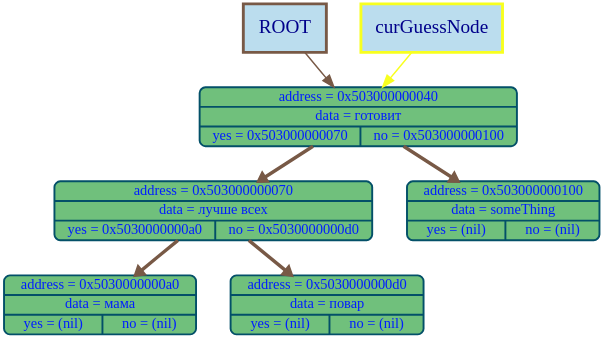
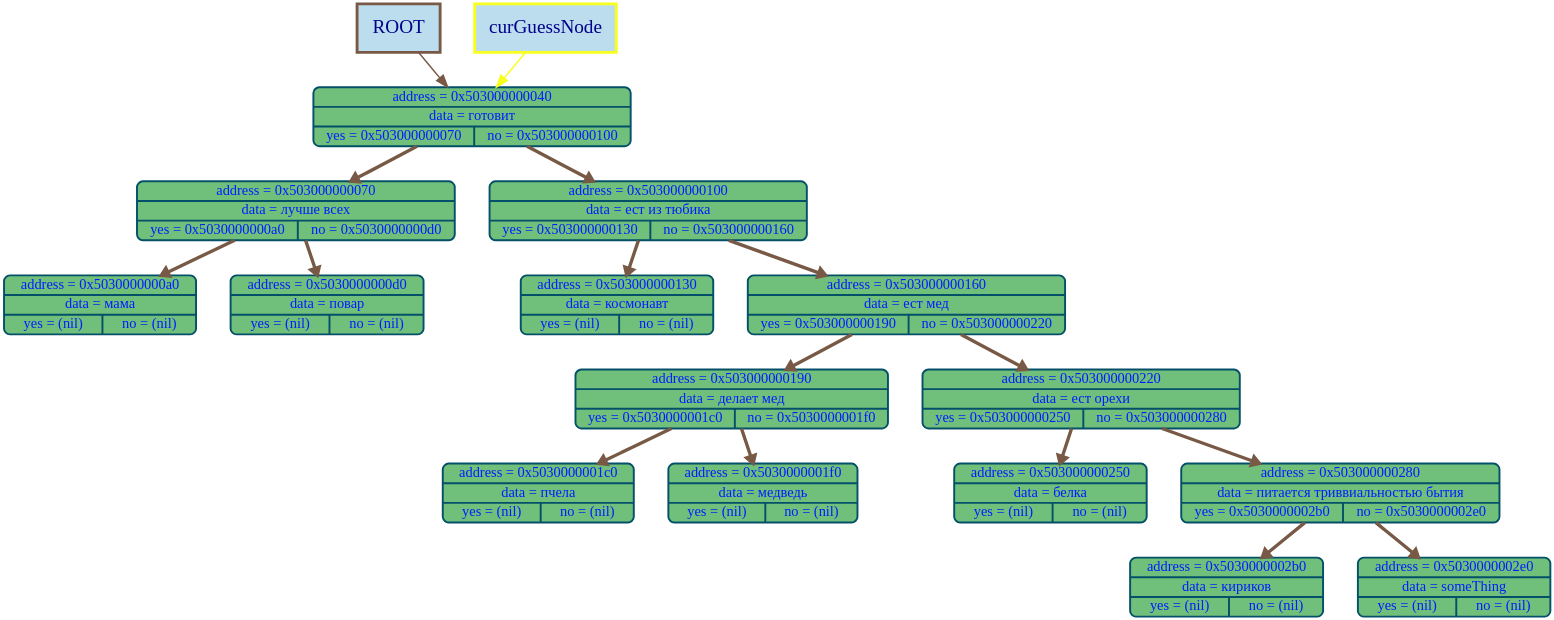
Before and after one commit to timoko3/akinator: the diagram in graphDumps/graphDump.dot, drawn with Graphviz. The commit also changed 39 other files, not shown here.

```diff
--- a/graphDumps/graphDump.dot
+++ b/graphDumps/graphDump.dot
@@ -1,20 +1,40 @@
 digraph G {
 bgcolor="transparent"
 nodesep = 1;
 ranksep = 1
 	node [shape=Mrecord, style="filled", fillcolor="#70c07cff", fontcolor="#001effff", color="#035068ff", penwidth=4, fontname="Menlo", fontsize=30];
 
 	node64 [label="{address = 0x503000000040 | data = готовит | {yes = 0x503000000070 | no = 0x503000000100}} "];
 	node112 [label="{address = 0x503000000070 | data = лучше всех | {yes = 0x5030000000a0 | no = 0x5030000000d0}} "];
 	node160 [label="{address = 0x5030000000a0 | data = мама | {yes = (nil) | no = (nil)}} "];
 	node208 [label="{address = 0x5030000000d0 | data = повар | {yes = (nil) | no = (nil)}} "];
-	node256 [label="{address = 0x503000000100 | data = someThing | {yes = (nil) | no = (nil)}} "];
+	node256 [label="{address = 0x503000000100 | data = ест из тюбика | {yes = 0x503000000130 | no = 0x503000000160}} "];
+	node304 [label="{address = 0x503000000130 | data = космонавт | {yes = (nil) | no = (nil)}} "];
+	node352 [label="{address = 0x503000000160 | data = ест мед | {yes = 0x503000000190 | no = 0x503000000220}} "];
+	node400 [label="{address = 0x503000000190 | data = делает мед | {yes = 0x5030000001c0 | no = 0x5030000001f0}} "];
+	node448 [label="{address = 0x5030000001c0 | data = пчела | {yes = (nil) | no = (nil)}} "];
+	node496 [label="{address = 0x5030000001f0 | data = медведь | {yes = (nil) | no = (nil)}} "];
+	node544 [label="{address = 0x503000000220 | data = ест орехи | {yes = 0x503000000250 | no = 0x503000000280}} "];
+	node592 [label="{address = 0x503000000250 | data = белка | {yes = (nil) | no = (nil)}} "];
+	node640 [label="{address = 0x503000000280 | data = питается триввиальностью бытия | {yes = 0x5030000002b0 | no = 0x5030000002e0}} "];
+	node688 [label="{address = 0x5030000002b0 | data = кириков | {yes = (nil) | no = (nil)}} "];
+	node736 [label="{address = 0x5030000002e0 | data = someThing | {yes = (nil) | no = (nil)}} "];
 node64 ->node112 [color="#785946ff", arrowsize=1.5, penwidth=7, weight=1000];
 node112 ->node160 [color="#785946ff", arrowsize=1.5, penwidth=7, weight=1000];
 node112->node208 [color="#785946ff", arrowsize=1.5, penwidth=7, weight=1000];
 node64->node256 [color="#785946ff", arrowsize=1.5, penwidth=7, weight=1000];
+node256 ->node304 [color="#785946ff", arrowsize=1.5, penwidth=7, weight=1000];
+node256->node352 [color="#785946ff", arrowsize=1.5, penwidth=7, weight=1000];
+node352 ->node400 [color="#785946ff", arrowsize=1.5, penwidth=7, weight=1000];
+node400 ->node448 [color="#785946ff", arrowsize=1.5, penwidth=7, weight=1000];
+node400->node496 [color="#785946ff", arrowsize=1.5, penwidth=7, weight=1000];
+node352->node544 [color="#785946ff", arrowsize=1.5, penwidth=7, weight=1000];
+node544 ->node592 [color="#785946ff", arrowsize=1.5, penwidth=7, weight=1000];
+node544->node640 [color="#785946ff", arrowsize=1.5, penwidth=7, weight=1000];
+node640 ->node688 [color="#785946ff", arrowsize=1.5, penwidth=7, weight=1000];
+node640->node736 [color="#785946ff", arrowsize=1.5, penwidth=7, weight=1000];
 root_label [shape=box, width = 2.4, height = 1.4, label="ROOT", style="filled", fillcolor="#BBDDEE", color="#785946ff", penwidth = 6,  fontcolor="darkblue", fontsize = 40];
 cur_node_label [shape=box, width = 2.4, height = 1.4, label="curGuessNode", style="filled", fillcolor="#BBDDEE", color="#f8ff1fff", penwidth = 6,  fontcolor="darkblue", fontsize = 40];
 root_label -> node64 [color="#785946ff"  , arrowsize=2.5, penwidth=3];
 cur_node_label -> node64 [color="#f8ff1fff"  , arrowsize=2.5, penwidth=3];
 }
```
